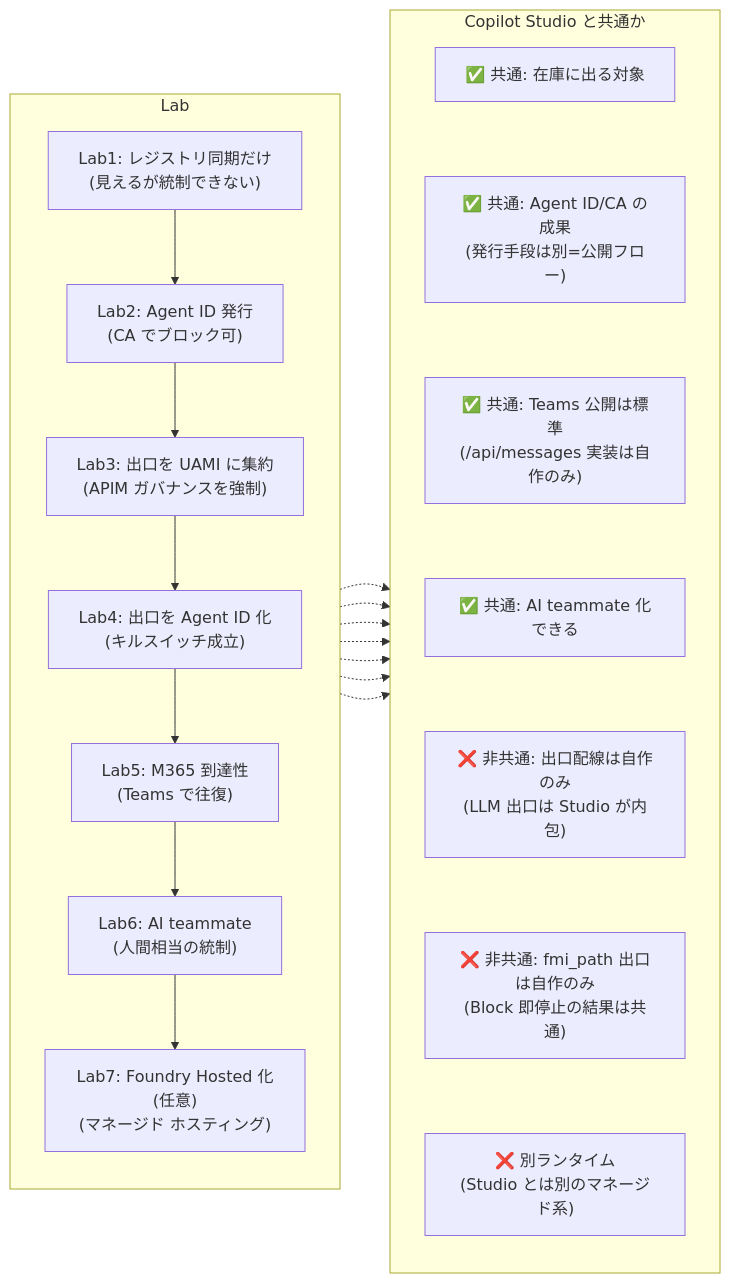
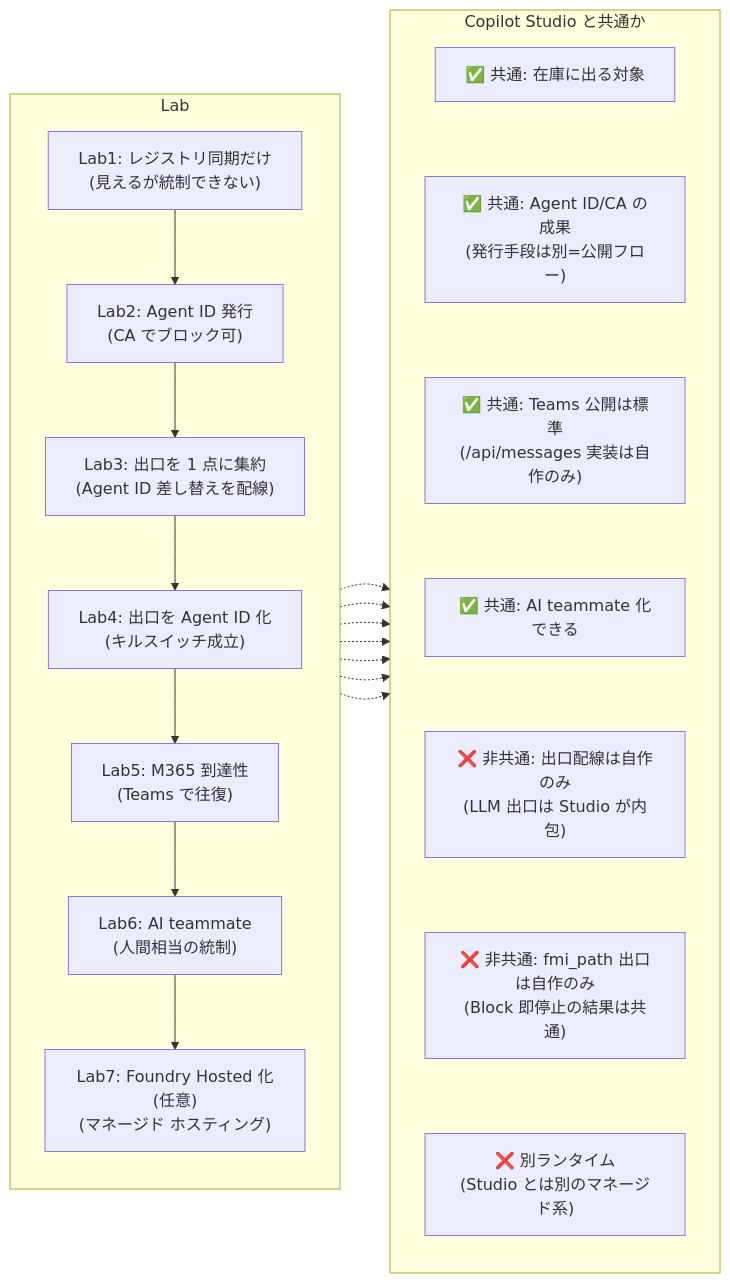
The diagram in Handson/README.md (ketana0224/Agent365-Onboarding), drawn with Mermaid before and after one commit. The commit also changed other lines of this file and 11 other files, not shown here.

First line of the commit message:
Handson: lab3を SAMI ベースの出口1点集約＋Agent ID 差し替え配線に再構成

````diff
--- a/Handson/README.md
+++ b/Handson/README.md
@@ -45,32 +45,32 @@
 ```mermaid
 flowchart LR
     subgraph S1["Lab"]
         direction TB
         Lab1["Lab1: レジストリ同期だけ<br/>(見えるが統制できない)"]
         Lab2["Lab2: Agent ID 発行<br/>(CA でブロック可)"]
-        Lab3["Lab3: 出口を UAMI に集約<br/>(APIM ガバナンスを強制)"]
+        Lab3["Lab3: 出口を 1 点に集約<br/>(Agent ID 差し替えを配線)"]
         Lab4["Lab4: 出口を Agent ID 化<br/>(キルスイッチ成立)"]
         Lab5["Lab5: M365 到達性<br/>(Teams で往復)"]
         Lab6["Lab6: AI teammate<br/>(人間相当の統制)"]
         Lab7["Lab7: Foundry Hosted 化(任意)<br/>(マネージド ホスティング)"]
         Lab1 --> Lab2 --> Lab3 --> Lab4 --> Lab5 --> Lab6 --> Lab7
     end
     subgraph S2["Copilot Studio と共通か"]
         direction TB
         C1["✅ 共通: 在庫に出る対象"]
         C2["✅ 共通: Agent ID/CA の成果<br/>(発行手段は別=公開フロー)"]
         C3["✅ 共通: Teams 公開は標準<br/>(/api/messages 実装は自作のみ)"]
         C4["✅ 共通: AI teammate 化できる"]
         C5["❌ 非共通: 出口配線は自作のみ<br/>(LLM 出口は Studio が内包)"]
         C6["❌ 非共通: fmi_path 出口は自作のみ<br/>(Block 即停止の結果は共通)"]
         C7["❌ 別ランタイム<br/>(Studio とは別のマネージド系)"]
         C1 ~~~ C2 ~~~ C3 ~~~ C4 ~~~ C5 ~~~ C6 ~~~ C7
     end
     Lab1 -.-> C1
     Lab2 -.-> C2
     Lab3 -.-> C5
     Lab4 -.-> C6
     Lab5 -.-> C3
     Lab6 -.-> C4
     Lab7 -.-> C7
 ```
````
